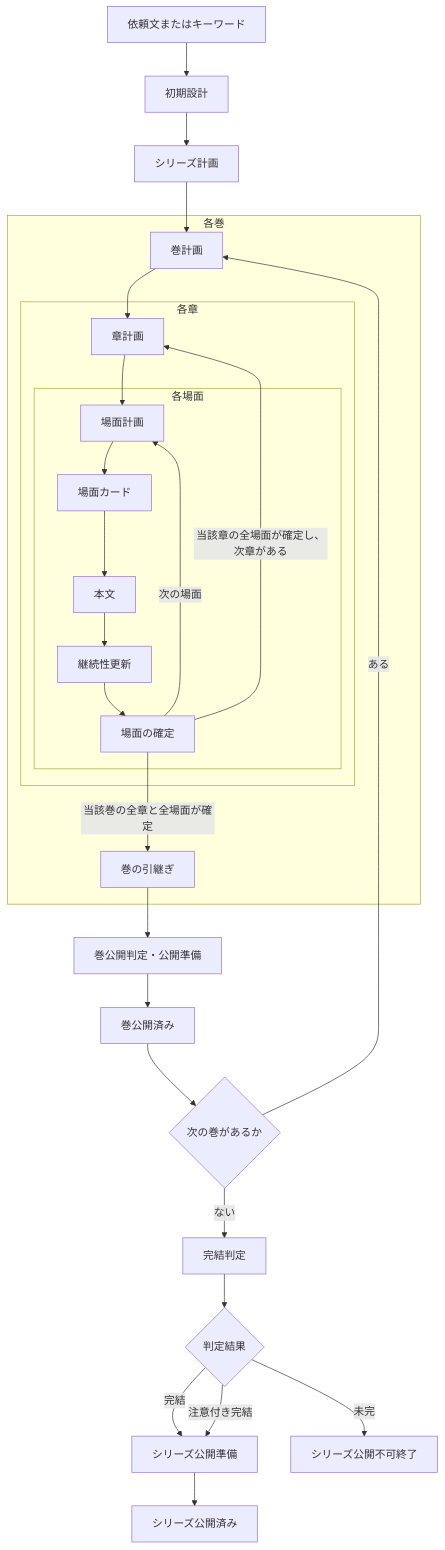
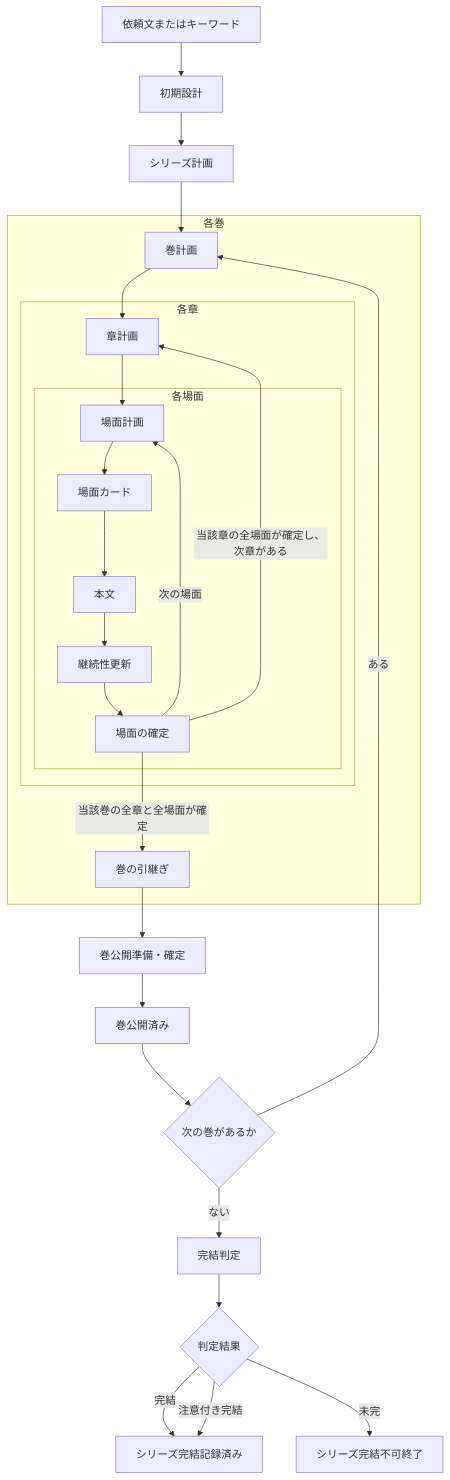
The diagram in docs/SPECIFICATION.md (goura32/storycraft), drawn with Mermaid before and after one commit. The commit also changed other lines of this file and 2 other files, not shown here.

````diff
--- a/docs/SPECIFICATION.md
+++ b/docs/SPECIFICATION.md
@@ -62,31 +61,30 @@
 ```mermaid
 flowchart TD
   I[依頼文またはキーワード] --> D[初期設計]
   D --> S[シリーズ計画]
   S --> VP[巻計画]
   subgraph V[各巻]
     VP --> CP[章計画]
     subgraph C[各章]
       CP --> SP[場面計画]
       subgraph P[各場面]
         SP --> K[場面カード]
         K --> W[本文]
         W --> N[継続性更新]
         N --> M[場面の確定]
         M -->|次の場面| SP
       end
       M -->|当該章の全場面が確定し、次章がある| CP
     end
     M -->|当該巻の全章と全場面が確定| H[巻の引継ぎ]
   end
-  H --> VQ[巻公開判定・公開準備]
+  H --> VQ[巻公開準備・確定]
   VQ --> VE[巻公開済み]
   VE --> X{次の巻があるか}
   X -->|ある| VP
   X -->|ない| Q[完結判定]
   Q --> R{判定結果}
-  R -->|完結| U[シリーズ公開準備]
-  R -->|注意付き完結| U
-  R -->|未完| Z[シリーズ公開不可終了]
-  U --> E[シリーズ公開済み]
+  R -->|完結| E[シリーズ完結記録済み]
+  R -->|注意付き完結| E
+  R -->|未完| Z[シリーズ完結不可終了]
 ```
````
